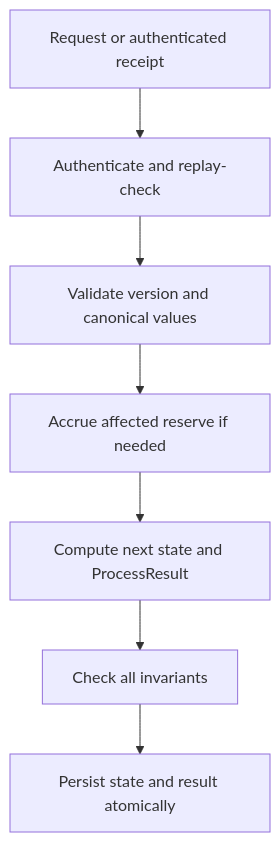
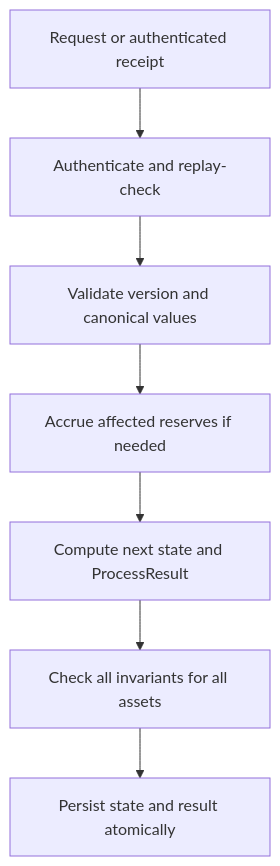
One commit to danielx2d4144/NoctFinance-vela_v1 changed the first of 3 diagrams in NOCT-FINANCE-V1-ARCHITECTURE-DOCUMENTS-CORRECTED/12-COMPLETE-STATE-MACHINE.md. Above: the diagram before and after it, drawn with Mermaid. The commit also changed other lines of this file and 38 other files, not shown here.

````diff
--- a/NOCT-FINANCE-V1-ARCHITECTURE-DOCUMENTS-CORRECTED/12-COMPLETE-STATE-MACHINE.md
+++ b/NOCT-FINANCE-V1-ARCHITECTURE-DOCUMENTS-CORRECTED/12-COMPLETE-STATE-MACHINE.md
@@ -42,9 +87,9 @@
 ```mermaid
 flowchart TD
     R[Request or authenticated receipt] --> A[Authenticate and replay-check]
     A --> V[Validate version and canonical values]
-    V --> O[Accrue affected reserve if needed]
+    V --> O[Accrue affected reserves if needed]
     O --> C[Compute next state and ProcessResult]
-    C --> I[Check all invariants]
+    C --> I[Check all invariants for all assets]
     I --> P[Persist state and result atomically]
 ```
````
